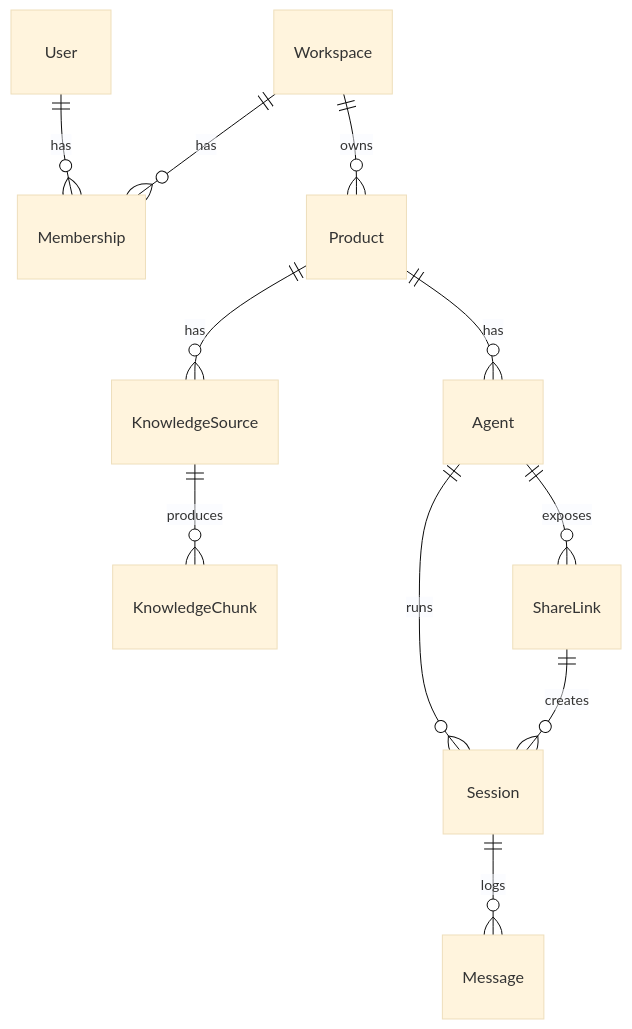
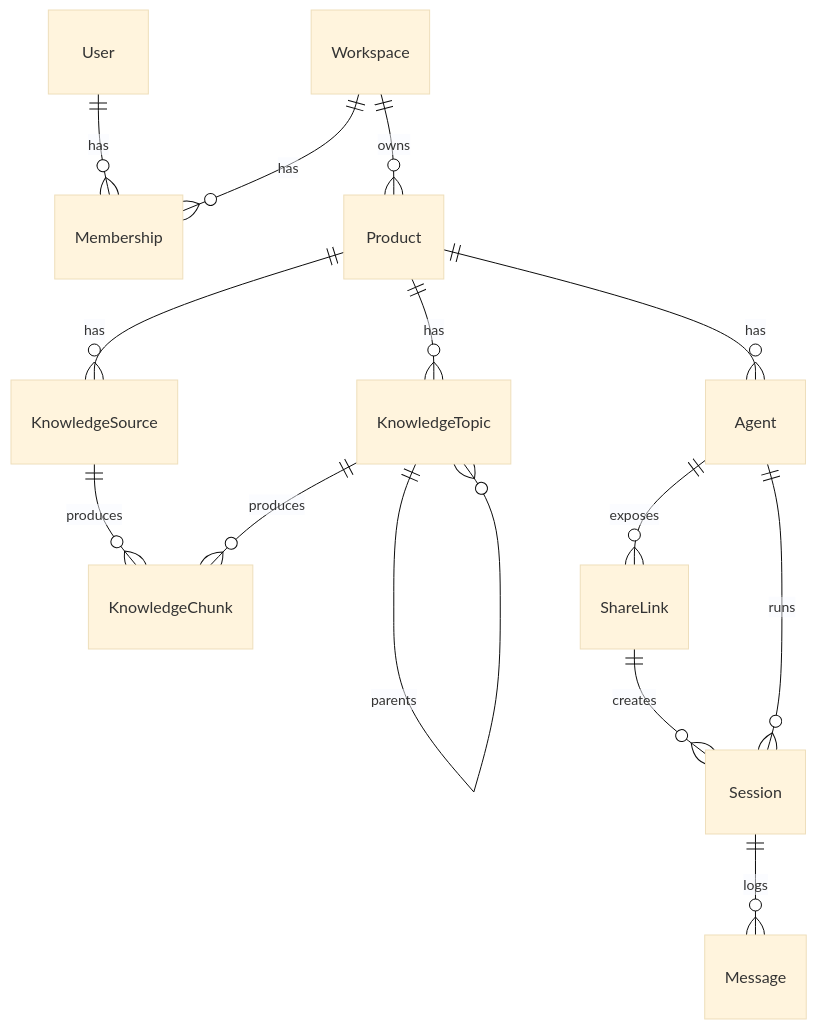
The diagram in md/03_data_model_and_api.md (Laraxsry/SalesAI), drawn with Mermaid (base theme) before and after one commit. The commit also changed other lines of this file and 41 other files, not shown here.

````diff
--- a/md/03_data_model_and_api.md
+++ b/md/03_data_model_and_api.md
@@ -11,13 +11,16 @@
 ```mermaid
 erDiagram
     User ||--o{ Membership : has
     Workspace ||--o{ Membership : has
     Workspace ||--o{ Product : owns
     Product ||--o{ KnowledgeSource : has
     KnowledgeSource ||--o{ KnowledgeChunk : produces
+    Product ||--o{ KnowledgeTopic : has
+    KnowledgeTopic ||--o{ KnowledgeChunk : produces
+    KnowledgeTopic ||--o{ KnowledgeTopic : parents
     Product ||--o{ Agent : has
     Agent ||--o{ ShareLink : exposes
     Agent ||--o{ Session : runs
     ShareLink ||--o{ Session : creates
     Session ||--o{ Message : logs
 ```
````
